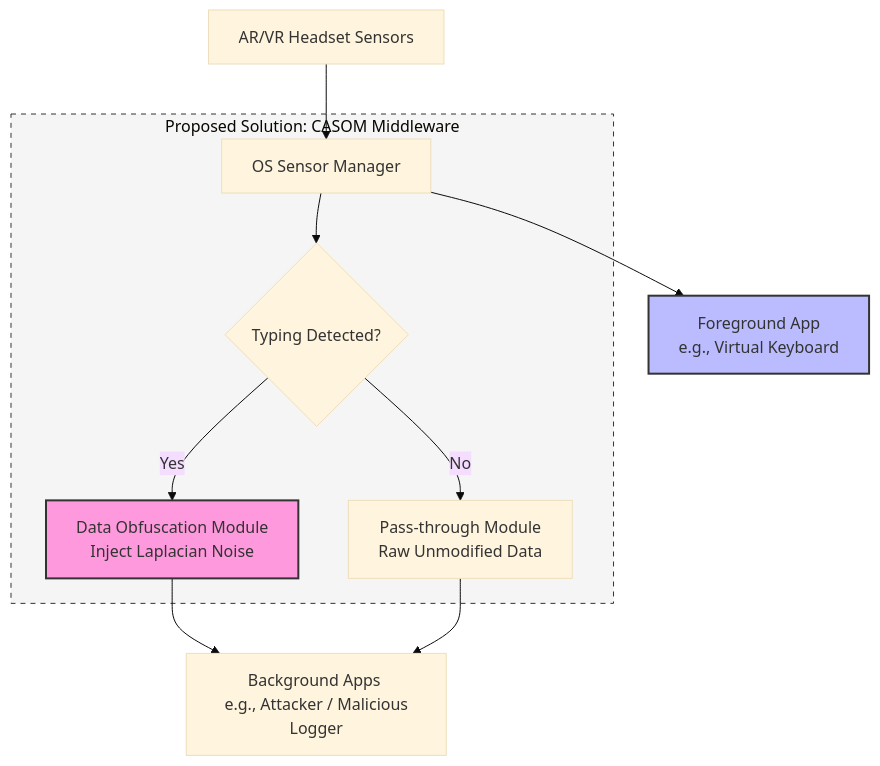
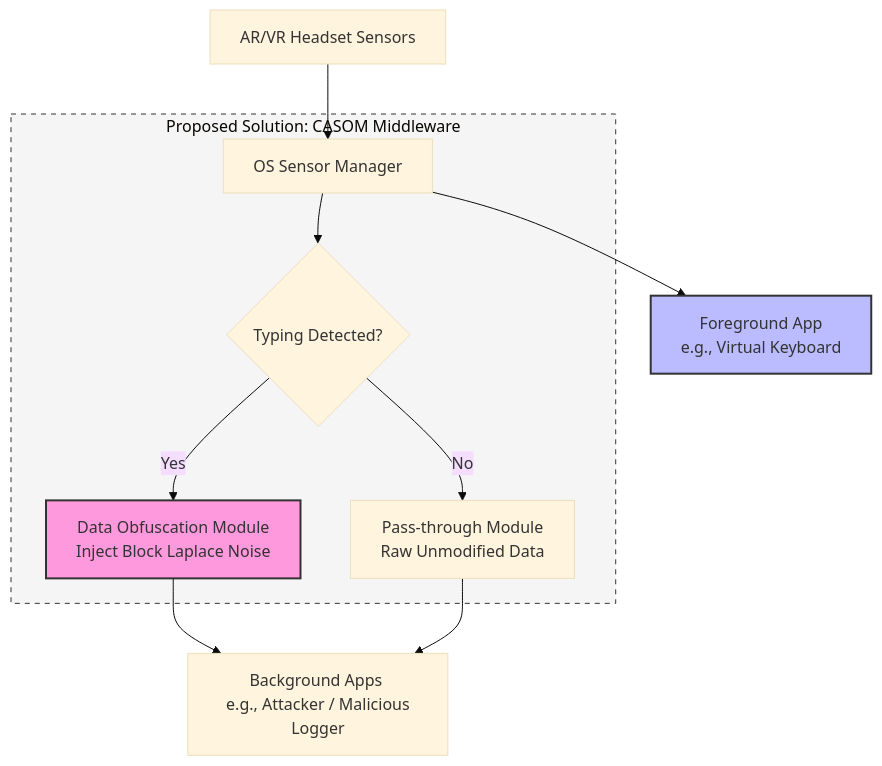
One commit to AzDevops143/CSIEEE changed the first of 2 diagrams in implementation.md. Above: the diagram before and after it, drawn with Mermaid (base theme). The commit also changed other lines of this file and 13 other files, not shown here.

````diff
--- a/implementation.md
+++ b/implementation.md
@@ -39,19 +39,19 @@
 ```mermaid
 flowchart TD
     A[AR/VR Headset Sensors] --> B[OS Sensor Manager]
     
     subgraph CASOM [Proposed Solution: CASOM Middleware]
         B --> C{Typing Detected?}
-        C -- Yes --> D[Data Obfuscation Module <br> Inject Laplacian Noise]
+        C -- Yes --> D[Data Obfuscation Module <br> Inject Block Laplace Noise]
         C -- No --> E[Pass-through Module <br> Raw Unmodified Data]
     end
     
     D --> F[Background Apps <br> e.g., Attacker / Malicious Logger]
     E --> F
     
     B --> G[Foreground App <br> e.g., Virtual Keyboard]
     
     style D fill:#f9d,stroke:#333,stroke-width:2px
     style G fill:#bbf,stroke:#333,stroke-width:2px
     style CASOM fill:#f5f5f5,stroke:#333,stroke-dasharray: 5 5
 ```
````
